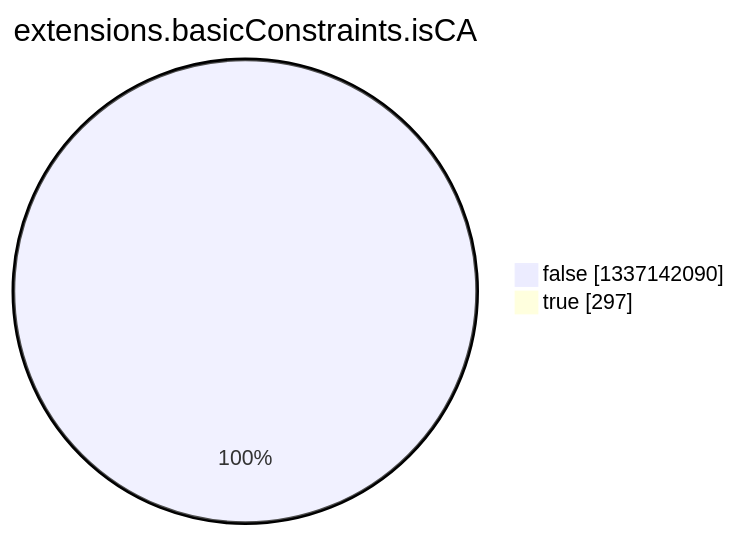
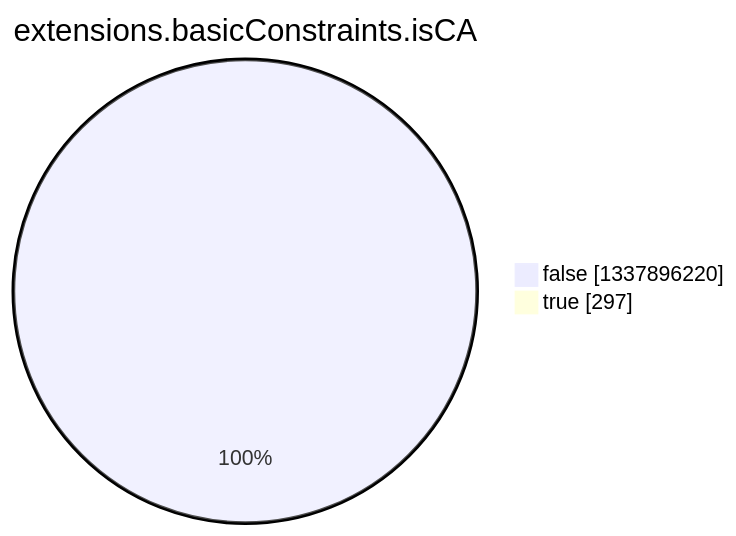
One commit to christiankrug/ctmonitor_visualization changed the eighth of 15 diagrams in argon2022/README.md. Above: the diagram before and after it, drawn with Mermaid. The commit also changed other lines of this file, not shown here.

````diff
--- a/argon2022/README.md
+++ b/argon2022/README.md
@@ -2758,6 +2758,6 @@
 ```mermaid
 pie showData
 title extensions.basicConstraints.isCA
-"false" :1337142090
+"false" :1337896220
 "true" :297
 ```
````
